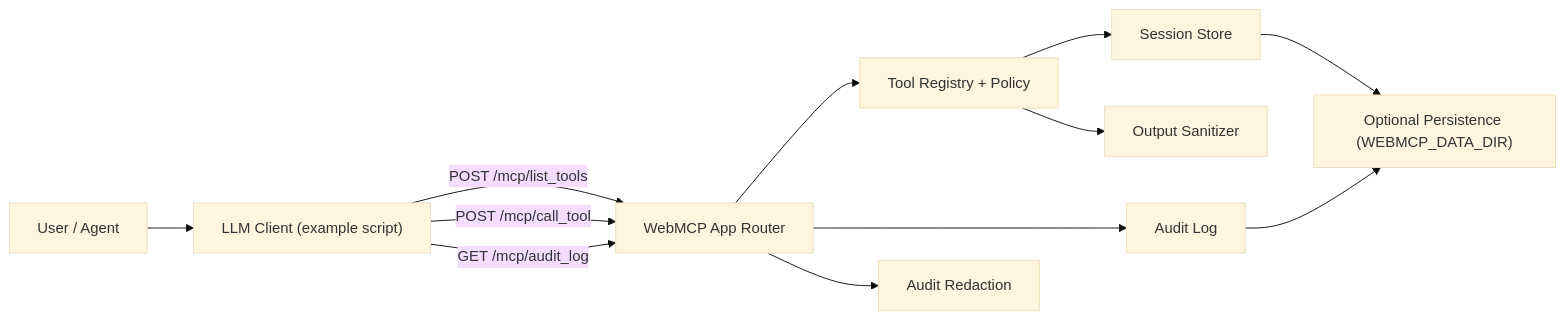
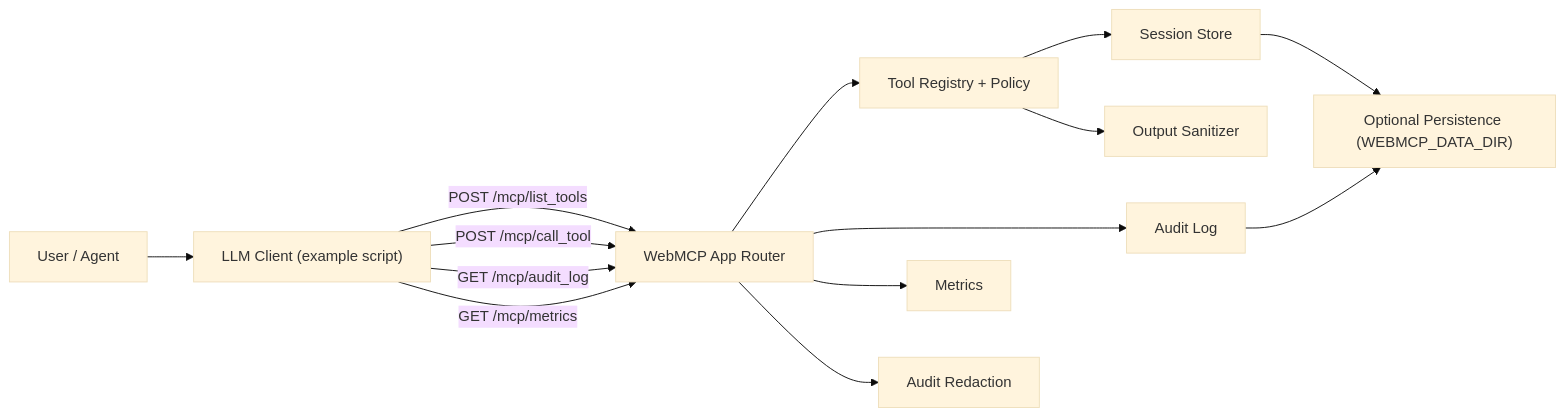
Before and after one commit to sarveshkapre/webmcp_playground: the diagram in docs/05-architecture.md, drawn with Mermaid (base theme). The commit also changed other lines of this file and 8 other files, not shown here.

````diff
--- a/docs/05-architecture.md
+++ b/docs/05-architecture.md
@@ -5,17 +5,19 @@
 ```mermaid
 flowchart LR
   U["User / Agent"] --> C["LLM Client (example script)"]
   C -->|"POST /mcp/list_tools"| A["WebMCP App Router"]
   C -->|"POST /mcp/call_tool"| A
   C -->|"GET /mcp/audit_log"| A
+  C -->|"GET /mcp/metrics"| A
 
   A --> T["Tool Registry + Policy"]
   T --> S["Session Store"]
   A --> L["Audit Log"]
+  A --> M["Metrics"]
 
   S --> P["Optional Persistence (WEBMCP_DATA_DIR)"]
   L --> P
 
   T --> O["Output Sanitizer"]
   A --> R["Audit Redaction"]
 ```
````
